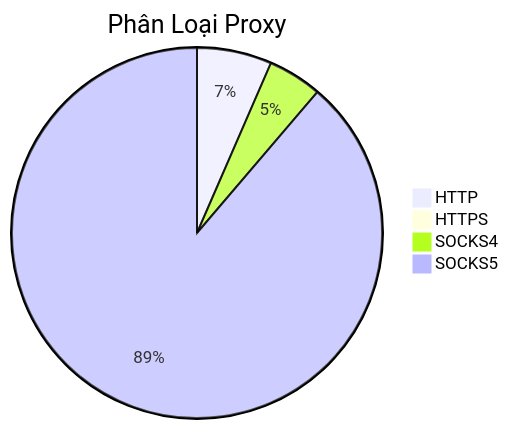
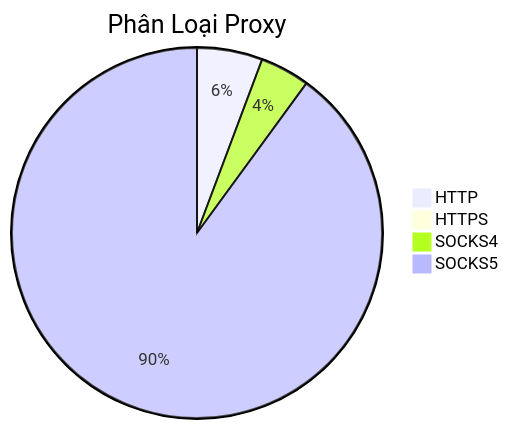
Before and after one commit to Ciara-Aa/PROXY-free: the diagram in README.md, drawn with Mermaid. The commit also changed other lines of this file and 4 other files, not shown here.

````diff
--- a/README.md
+++ b/README.md
@@ -26,7 +26,7 @@
 ```mermaid
 pie title Phân Loại Proxy
-    "HTTP" : 464
-    "HTTPS" : 2
-    "SOCKS4" : 335
-    "SOCKS5" : 6307
+    "HTTP" : 476
+    "HTTPS" : 1
+    "SOCKS4" : 361
+    "SOCKS5" : 7493
 ```
````
